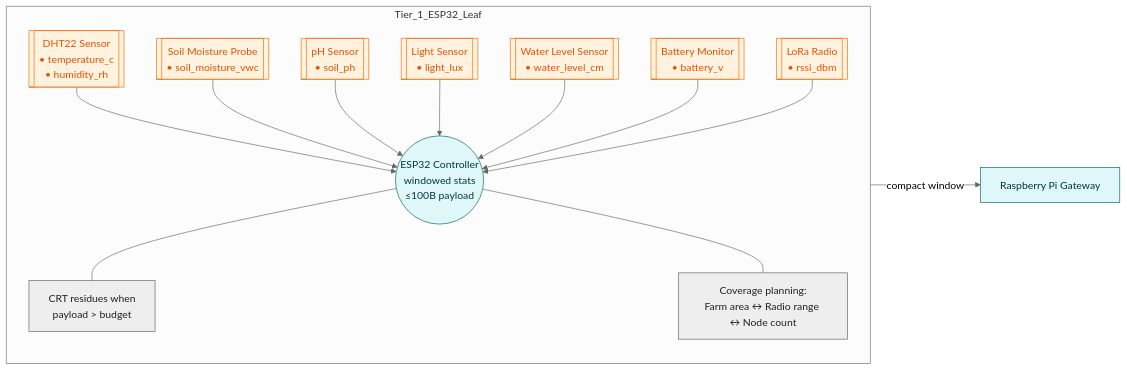
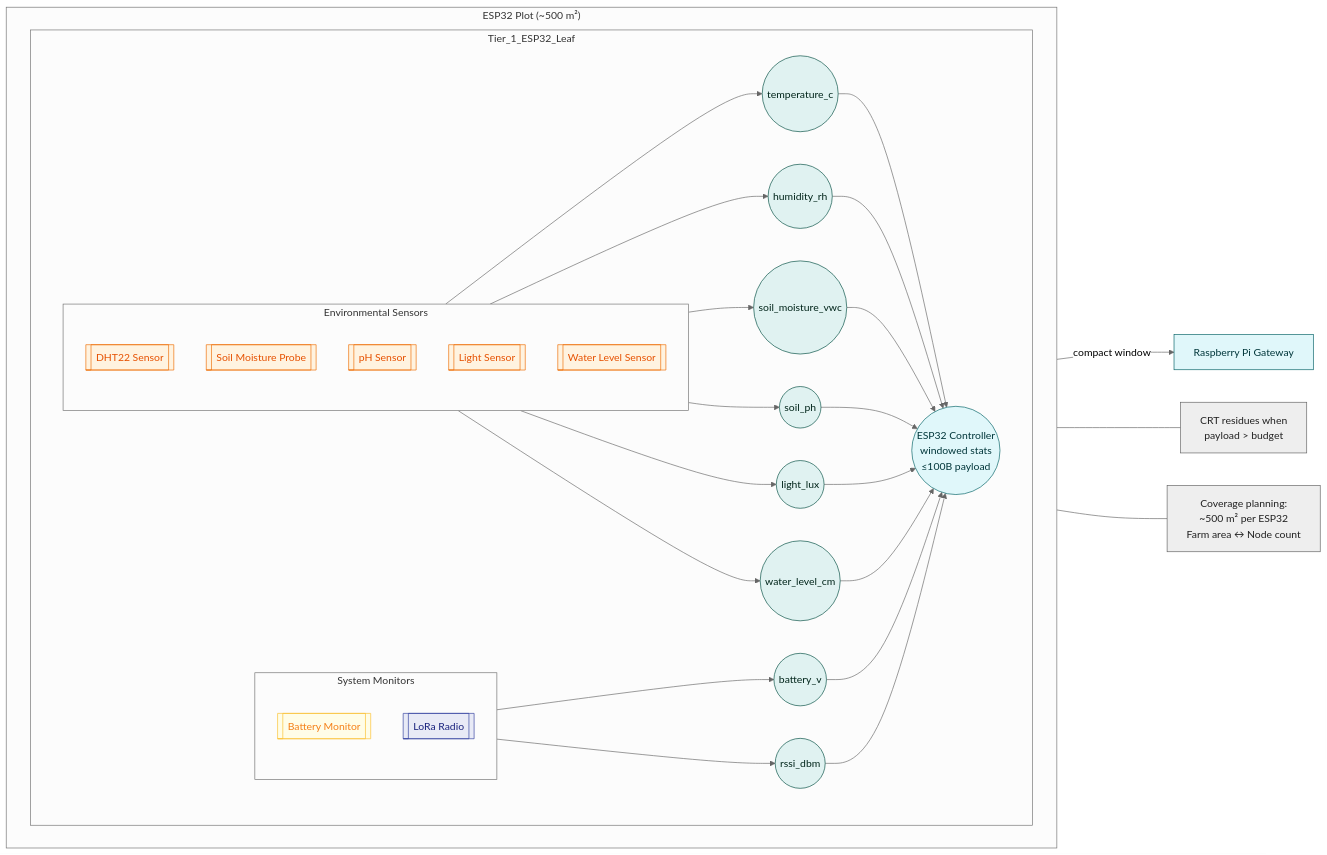
One commit to forchag/hyperledger changed the diagram in mermaid diagram/figure1_three_tier_system_architecture.md. Above: the diagram before and after it, drawn with Mermaid (neutral theme). The commit also changed other lines of this file, not shown here.

Commit message:
docs: expand tier 1 architecture diagram

````diff
--- a/mermaid diagram/figure1_three_tier_system_architecture.md
+++ b/mermaid diagram/figure1_three_tier_system_architecture.md
@@ -19,34 +20,48 @@
 ```mermaid
 flowchart LR
-  subgraph Tier_1_ESP32_Leaf
-    direction TB
-    ESP32(("ESP32 Controller\nwindowed stats\n≤100B payload")):::device
+  subgraph Farm_Plot["ESP32 Plot (~500 m²)"]
+    direction LR
+    subgraph Tier_1_ESP32_Leaf
+      direction LR
+      ESP32(("ESP32 Controller\nwindowed stats\n≤100B payload")):::device
 
-    DHT22[["DHT22 Sensor\n• temperature_c\n• humidity_rh"]]:::sensor
-    SOIL[["Soil Moisture Probe\n• soil_moisture_vwc"]]:::sensor
-    PH[["pH Sensor\n• soil_ph"]]:::sensor
-    LIGHT[["Light Sensor\n• light_lux"]]:::sensor
-    WATER[["Water Level Sensor\n• water_level_cm"]]:::sensor
-    BAT[["Battery Monitor\n• battery_v"]]:::sensor
-    RSSI[["LoRa Radio\n• rssi_dbm"]]:::sensor
+      subgraph ENV["Environmental Sensors"]
+        direction TB
+        DHT22[["DHT22 Sensor"]]:::sensor
+        SOIL[["Soil Moisture Probe"]]:::sensor
+        PH[["pH Sensor"]]:::sensor
+        LIGHT[["Light Sensor"]]:::sensor
+        WATER[["Water Level Sensor"]]:::sensor
+      end
 
-    DHT22 --> ESP32
-    SOIL --> ESP32
-    PH --> ESP32
-    LIGHT --> ESP32
-    WATER --> ESP32
-    BAT --> ESP32
-    RSSI --> ESP32
+      subgraph SYS["System Monitors"]
+        direction TB
+        BAT[["Battery Monitor"]]:::battery
+        RSSI[["LoRa Radio"]]:::link
+      end
 
-    CRT_NOTE[CRT residues when\npayload > budget]:::note
-    COV[Coverage planning:\nFarm area ↔ Radio range ↔ Node count]:::note
+      DHT22 --> TEMP(("temperature_c")):::reading --> ESP32
+      DHT22 --> HUM(("humidity_rh")):::reading --> ESP32
+      SOIL --> MOIST(("soil_moisture_vwc")):::reading --> ESP32
+      PH --> PH_R(("soil_ph")):::reading --> ESP32
+      LIGHT --> LUX(("light_lux")):::reading --> ESP32
+      WATER --> LEVEL(("water_level_cm")):::reading --> ESP32
+      BAT --> VBAT(("battery_v")):::reading --> ESP32
+      RSSI --> RSSI_R(("rssi_dbm")):::reading --> ESP32
+    end
   end
 
   ESP32 -->|compact window| PI_GW["Raspberry Pi Gateway"]:::device
   ESP32 --- CRT_NOTE
   ESP32 --- COV
 
+  CRT_NOTE[CRT residues when\npayload > budget]:::note
+  COV[Coverage planning:\n~500 m² per ESP32\nFarm area ↔ Node count]:::note
+
   classDef device fill:#e0f7fa,stroke:#006064,color:#00363a;
   classDef sensor fill:#fff3e0,stroke:#ef6c00,color:#e65100;
+  classDef battery fill:#fffde7,stroke:#fbc02d,color:#f57f17;
+  classDef link fill:#e8eaf6,stroke:#303f9f,color:#1a237e;
+  classDef reading fill:#e0f2f1,stroke:#004d40,color:#00251a;
   classDef note fill:#eeeeee,stroke:#616161,color:#212121;
 ```
````
